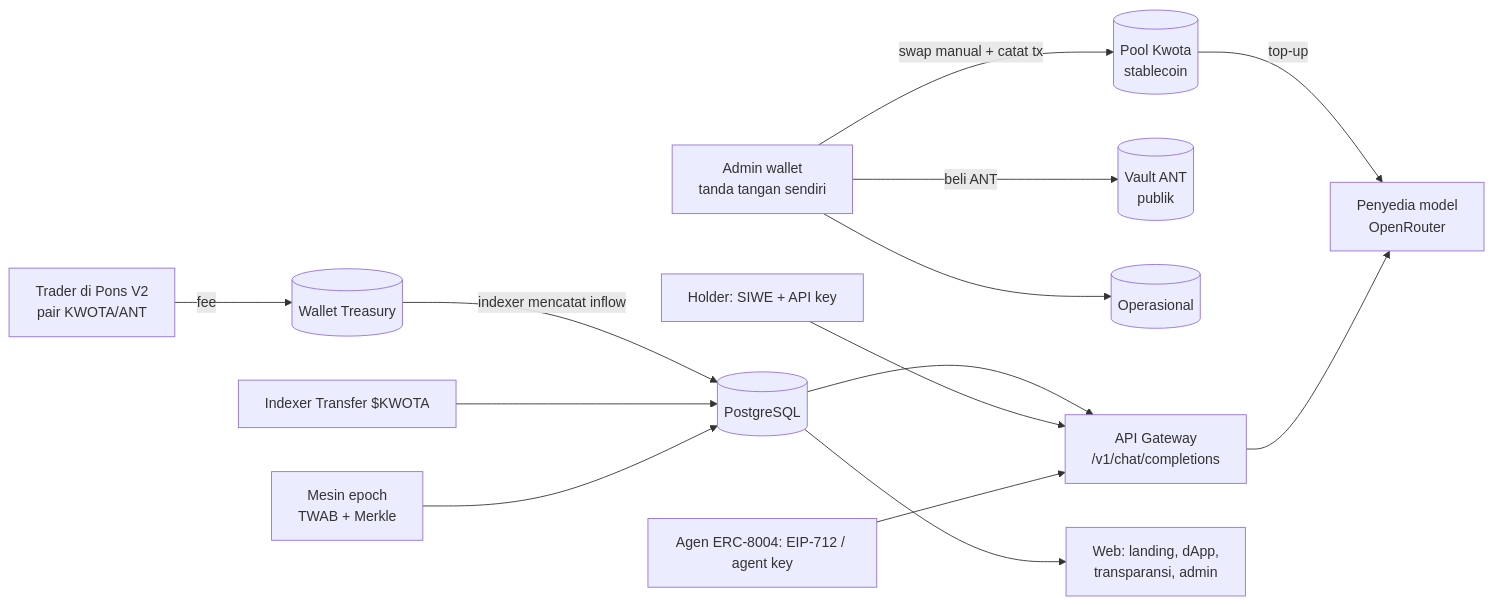
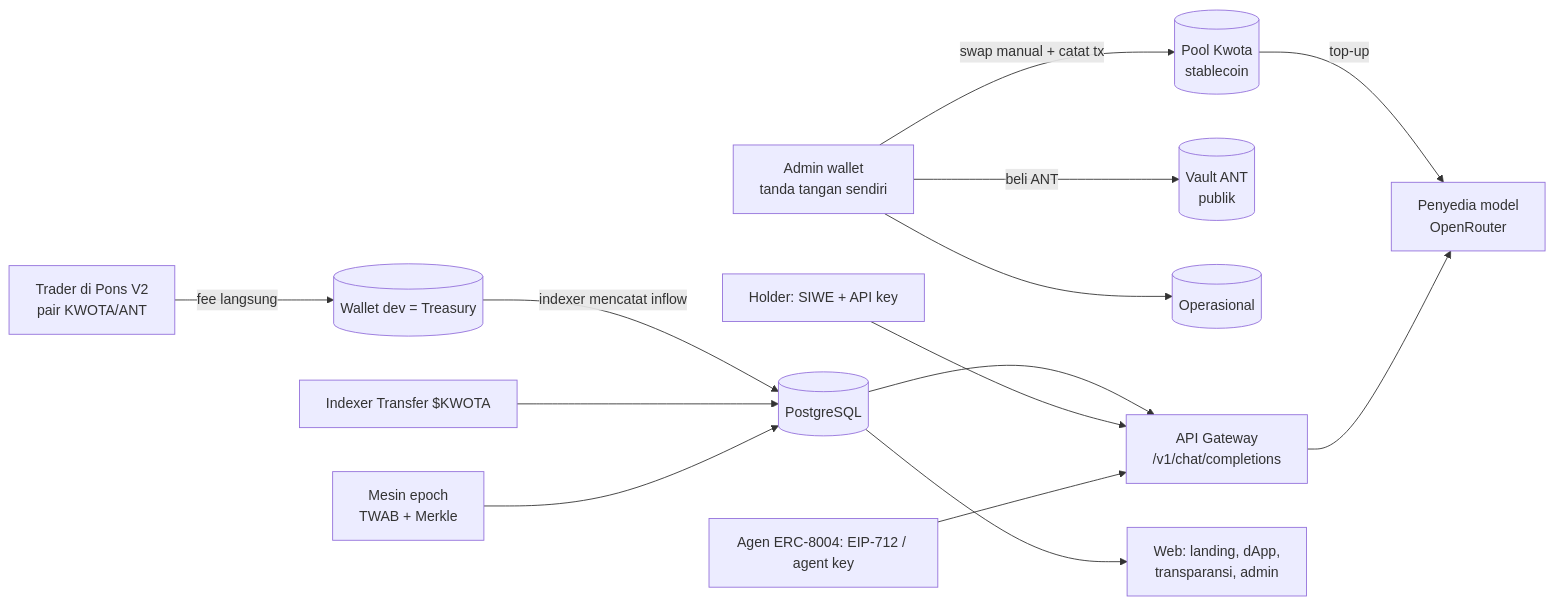
The diagram in docs/ARCHITECTURE.md (pauly-zyz/Kwota), drawn with Mermaid before and after one commit. The commit also changed other lines of this file and 1 other file, not shown here.

First line of the commit message:
docs: fees go directly to dev wallet; drop Pons fee mechanism question

````diff
--- a/docs/ARCHITECTURE.md
+++ b/docs/ARCHITECTURE.md
@@ -10,16 +10,16 @@
 ```mermaid
 flowchart LR
-  T[Trader di Pons V2<br/>pair KWOTA/ANT] -- fee --> TR[(Wallet Treasury)]
+  T[Trader di Pons V2<br/>pair KWOTA/ANT] -- fee langsung --> TR[(Wallet dev = Treasury)]
   TR -- indexer mencatat inflow --> DB[(PostgreSQL)]
   ADM[Admin wallet<br/>tanda tangan sendiri] -- swap manual + catat tx --> POOL[(Pool Kwota<br/>stablecoin)]
   ADM -- beli ANT --> VAULT[(Vault ANT<br/>publik)]
   ADM --> OPS[(Operasional)]
   POOL -- top-up --> PROV[Penyedia model<br/>OpenRouter]
   IDX[Indexer Transfer $KWOTA] --> DB
   EP[Mesin epoch<br/>TWAB + Merkle] --> DB
   DB --> GW[API Gateway<br/>/v1/chat/completions]
   H[Holder: SIWE + API key] --> GW
   AG[Agen ERC-8004: EIP-712 / agent key] --> GW
   GW --> PROV
   DB --> WEB[Web: landing, dApp,<br/>transparansi, admin]
 ```
````
